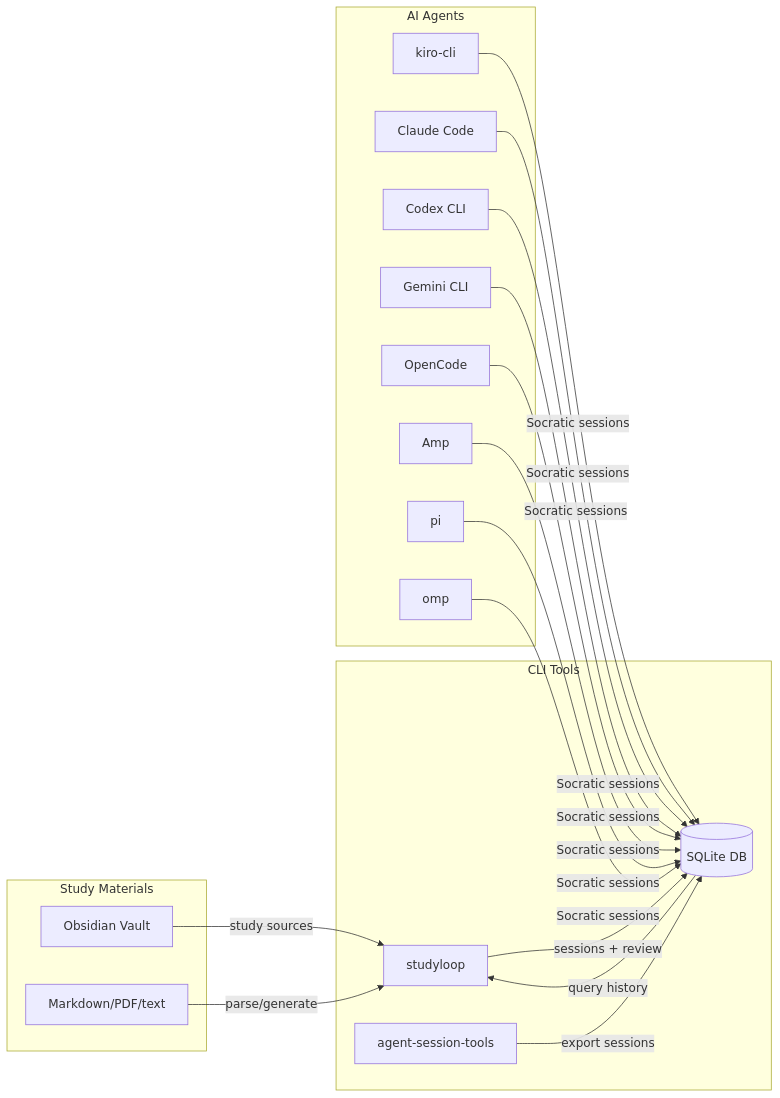
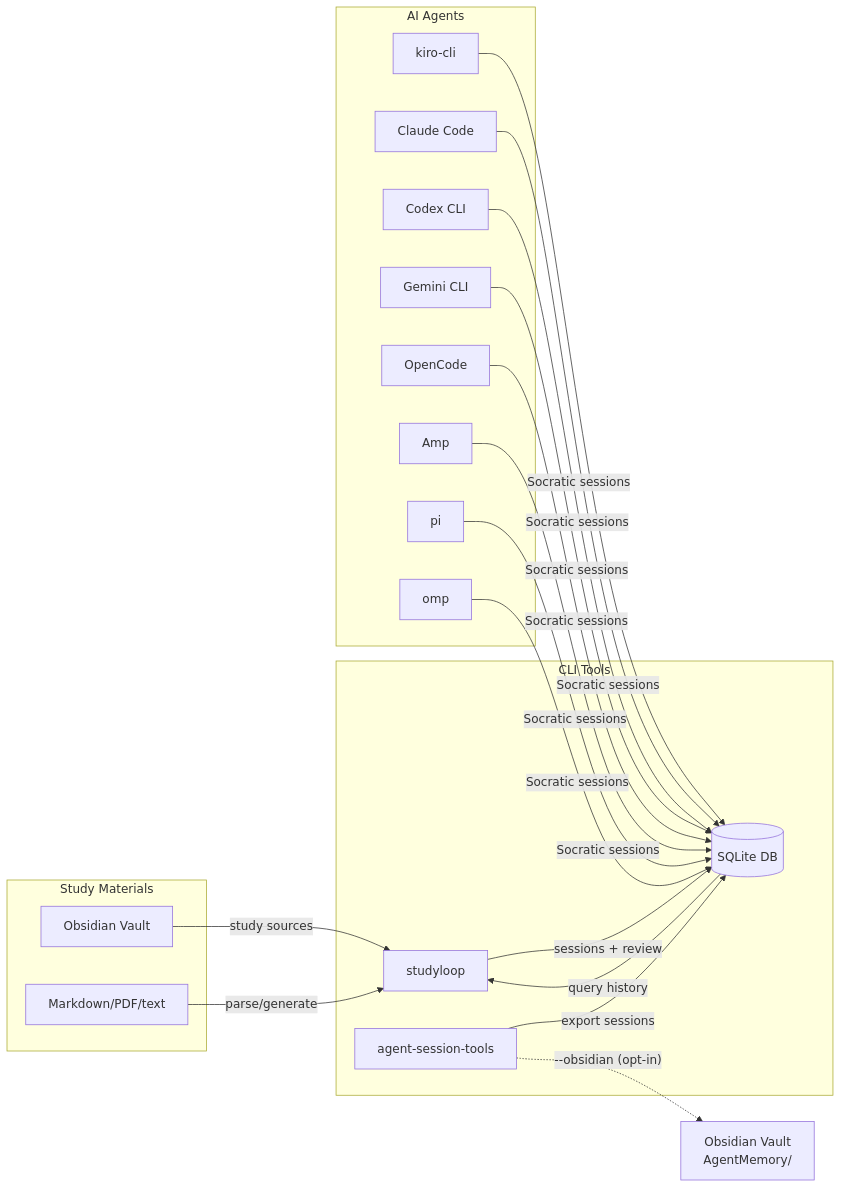
The diagram in docs/index.md (NetDevAutomate/StudyLoop), drawn with Mermaid before and after one commit. The commit also changed 10 other files, not shown here.

First line of the commit message:
docs: document Obsidian session-memory export + update C4 diagrams

````diff
--- a/docs/index.md
+++ b/docs/index.md
@@ -36,38 +36,41 @@
 ```mermaid
 graph LR
     subgraph "Study Materials"
         OB[Obsidian Vault]
         SRC[Markdown/PDF/text]
     end
 
     subgraph "CLI Tools"
         SC[studyloop]
         AST[agent-session-tools]
         DB[(SQLite DB)]
     end
 
     subgraph "AI Agents"
         KA[kiro-cli]
         CA[Claude Code]
         CX[Codex CLI]
         GA[Gemini CLI]
         OA[OpenCode]
         AA[Amp]
         PI[pi]
         OMP[omp]
     end
 
+    OBV["Obsidian Vault<br/>AgentMemory/"]
+
     OB -->|study sources| SC
     SRC -->|parse/generate| SC
     SC -->|sessions + review| DB
     AST -->|export sessions| DB
+    AST -.->|"--obsidian (opt-in)"| OBV
     DB -->|query history| SC
     KA -->|Socratic sessions| DB
     CA -->|Socratic sessions| DB
     CX -->|Socratic sessions| DB
     GA -->|Socratic sessions| DB
     OA -->|Socratic sessions| DB
     AA -->|Socratic sessions| DB
     PI -->|Socratic sessions| DB
     OMP -->|Socratic sessions| DB
 ```
````
